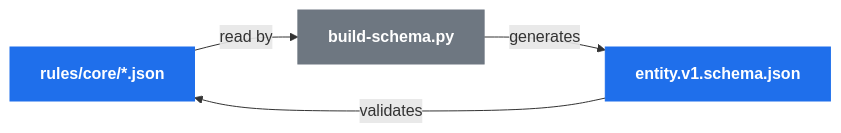
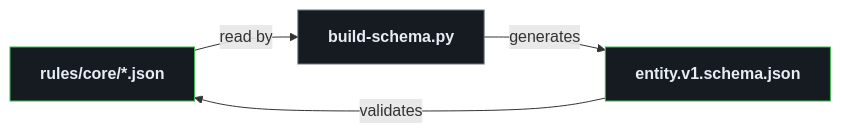
Before and after one commit to SteerSpec/strspc-rules: the second of 3 diagrams in README.md, drawn with Mermaid. The commit also changed other lines of this file, not shown here.

````diff
--- a/README.md
+++ b/README.md
@@ -89,15 +127,15 @@
 ```mermaid
 flowchart LR
     R["<b>rules/core/*.json</b>"]
     B["<b>build-schema.py</b>"]
     S["<b>entity.v1.schema.json</b>"]
 
     R -->|read by| B
     B -->|generates| S
     S -->|validates| R
 
-    classDef file fill:#1f6feb,stroke:#1f6feb,color:#ffffff
-    classDef tool fill:#6e7781,stroke:#6e7781,color:#ffffff
+    classDef file fill:#161B22,stroke:#3FB950,color:#E6EDF3
+    classDef tool fill:#161B22,stroke:#6E7681,color:#E6EDF3
     class R,S file
     class B tool
 ```
````
